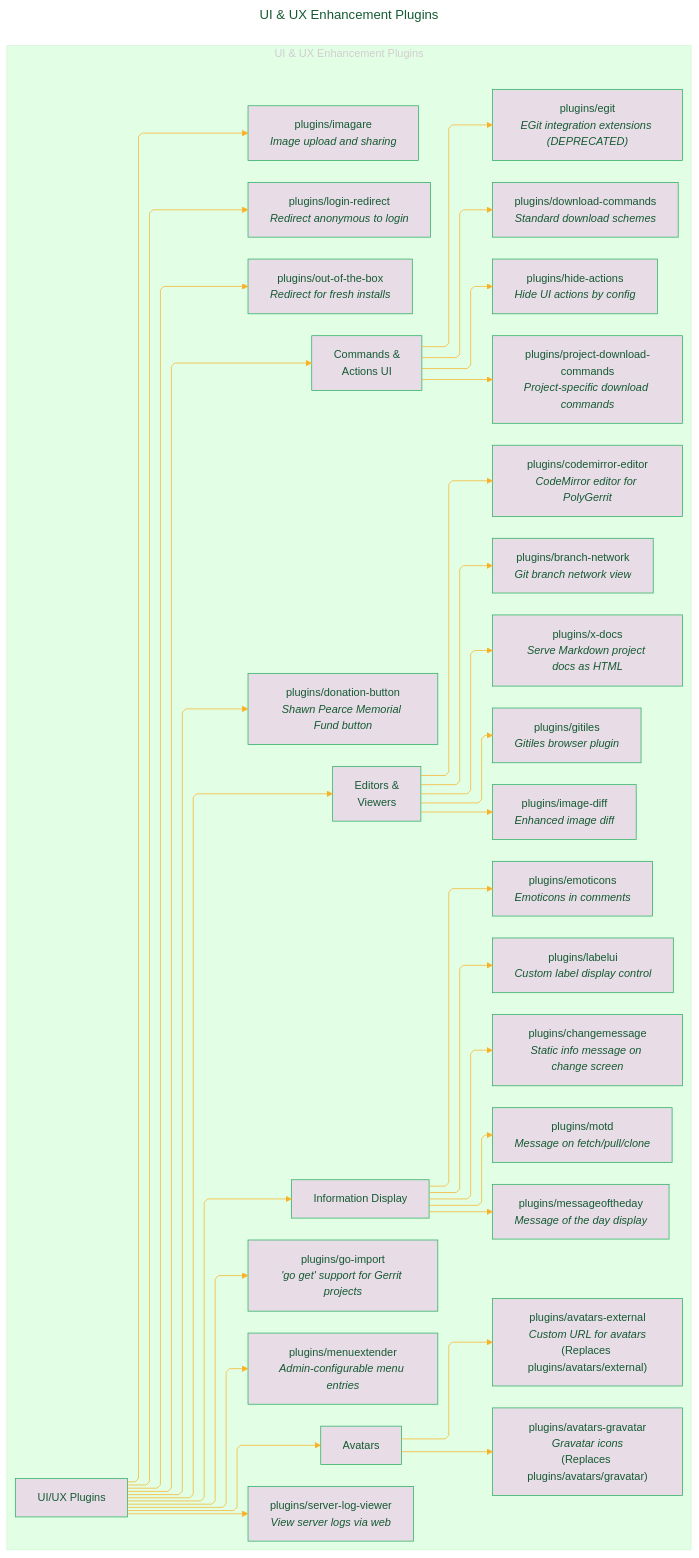
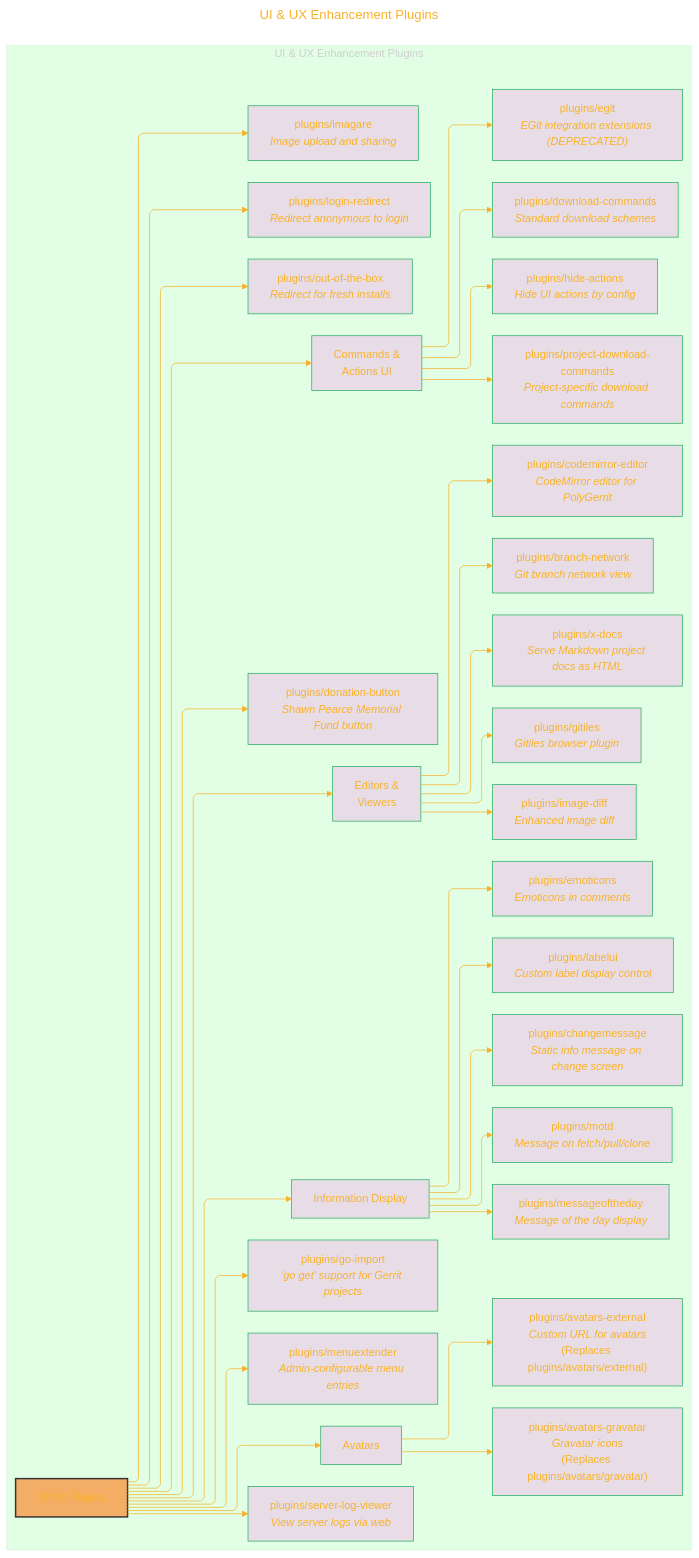
One commit to CongLeSolutionX/Chromium_Project changed the eighth of 12 diagrams in Gerrit_Ecosystem_on_gerrit_googlesource.md. Above: the diagram before and after it, drawn with Mermaid. The commit also changed other lines of this file, not shown here.

```diff
--- a/Gerrit_Ecosystem_on_gerrit_googlesource.md
+++ b/Gerrit_Ecosystem_on_gerrit_googlesource.md
@@ -562,7 +593,7 @@
     'fontFamily': 'Monaco',
     'themeVariables': {
       'primaryColor': '#F5E3',
-      'primaryTextColor': '#145A32',
+      'primaryTextColor': '#F8B229',
       'lineColor': '#F8B229',
       'primaryBorderColor': '#27AE60',
       'secondaryColor': '#EBDEF0',
@@ -576,6 +607,7 @@
     subgraph UIUXPlugins["UI & UX Enhancement Plugins"]
     direction LR
         P_UIUXRoot["UI/UX Plugins"]
+        style P_UIUXRoot fill:#F719,stroke:#333,stroke-width:2px
 
         P_UIUXRoot --> Avatars["Avatars"]
             Avatars --> P_AvatarsExt["plugins/avatars-external<br/><i>Custom URL for avatars</i><br/>(Replaces plugins/avatars/external)"]
```
